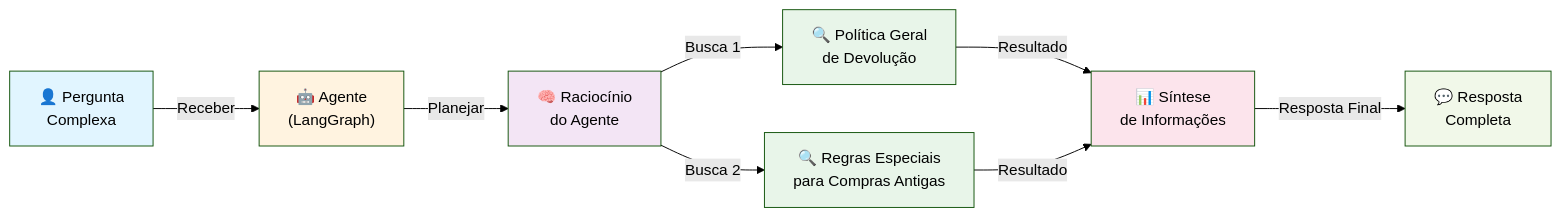
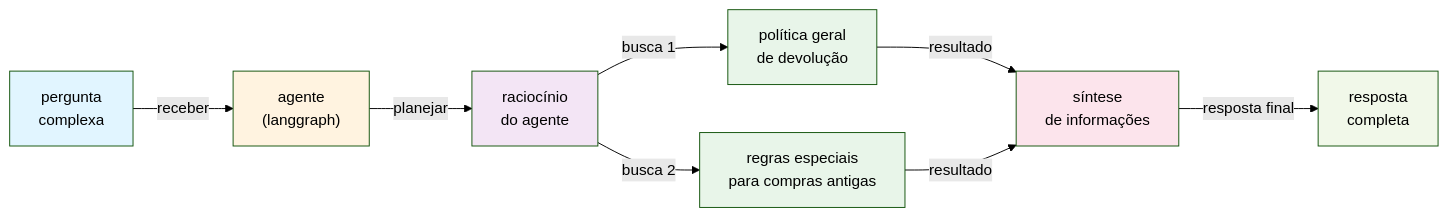
One commit to otavio-lemos/fudAI-se changed the third of 11 diagrams in README.md. Above: the diagram before and after it, drawn with Mermaid (forest theme). The commit also changed other lines of this file and 2 other files, not shown here.

````diff
--- a/README.md
+++ b/README.md
@@ -681,18 +691,18 @@
 ```mermaid
 graph LR
-    A["👤 Pergunta<br/>Complexa"] -->|Receber| B["🤖 Agente<br/>(LangGraph)"]
-    B -->|Planejar| C["🧠 Raciocínio<br/>do Agente"]
-    C -->|Busca 1| D["🔍 Política Geral<br/>de Devolução"]
-    C -->|Busca 2| E["🔍 Regras Especiais<br/>para Compras Antigas"]
-    D -->|Resultado| F["📊 Síntese<br/>de Informações"]
-    E -->|Resultado| F
-    F -->|Resposta Final| G["💬 Resposta<br/>Completa"]
+    a["pergunta<br/>complexa"] -->|receber| b["agente<br/>(langgraph)"]
+    b -->|planejar| c["raciocínio<br/>do agente"]
+    c -->|busca 1| d["política geral<br/>de devolução"]
+    c -->|busca 2| e["regras especiais<br/>para compras antigas"]
+    d -->|resultado| f["síntese<br/>de informações"]
+    e -->|resultado| f
+    f -->|resposta final| g["resposta<br/>completa"]
     
-    style A fill:#e1f5ff
-    style B fill:#fff3e0
-    style C fill:#f3e5f5
-    style D fill:#e8f5e9
-    style E fill:#e8f5e9
-    style F fill:#fce4ec
-    style G fill:#f1f8e9
+    style a fill:#e1f5ff
+    style b fill:#fff3e0
+    style c fill:#f3e5f5
+    style d fill:#e8f5e9
+    style e fill:#e8f5e9
+    style f fill:#fce4ec
+    style g fill:#f1f8e9
 ```
````
